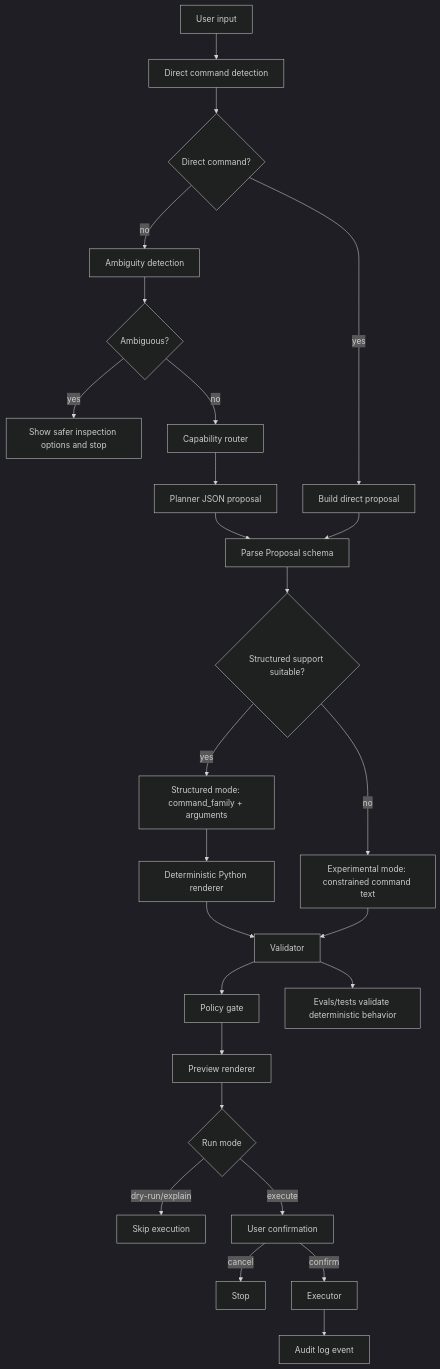
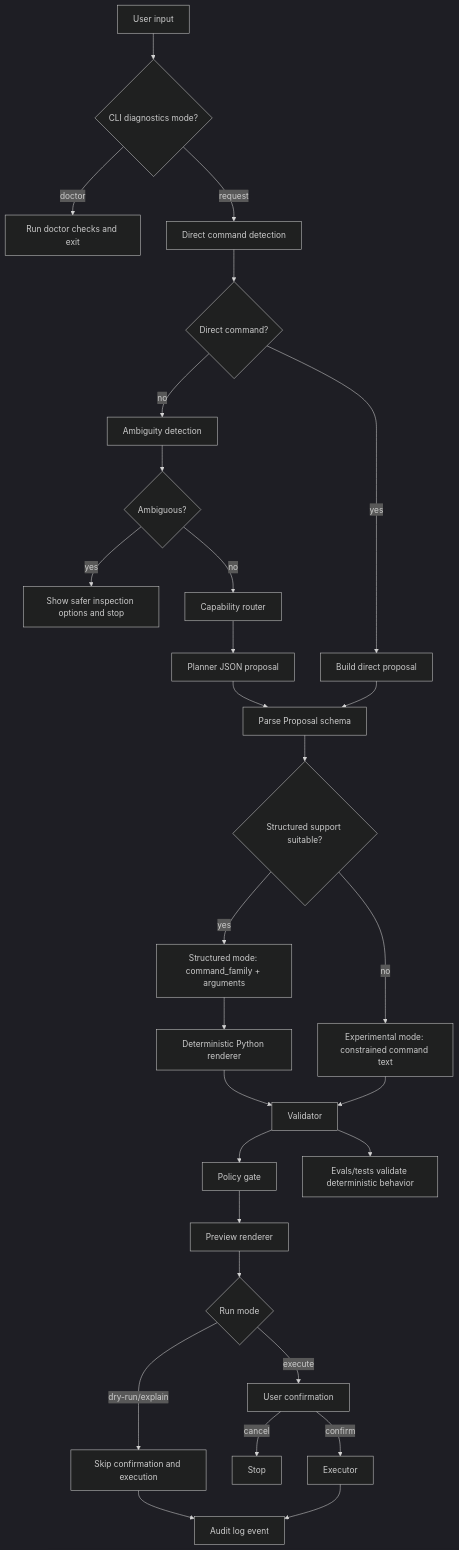
One commit to PooriaT/oterminus changed the diagram in docs/architecture/request-lifecycle.md. Above: the diagram before and after it, drawn with Mermaid (dark theme). The commit also changed other lines of this file and 8 other files, not shown here.

Commit message:
Align CLI mode documentation

````diff
--- a/docs/architecture/request-lifecycle.md
+++ b/docs/architecture/request-lifecycle.md
@@ -5,28 +5,31 @@
 ```mermaid
 flowchart TD
-  A[User input] --> B[Direct command detection]
+  A[User input] --> A1{CLI diagnostics mode?}
+  A1 -->|doctor| A2[Run doctor checks and exit]
+  A1 -->|request| B[Direct command detection]
   B --> C{Direct command?}
   C -->|yes| C1[Build direct proposal]
   C -->|no| D[Ambiguity detection]
   D --> E{Ambiguous?}
   E -->|yes| E1[Show safer inspection options and stop]
   E -->|no| F[Capability router]
   F --> G[Planner JSON proposal]
   G --> P[Parse Proposal schema]
   C1 --> P
   P --> S{Structured support suitable?}
   S -->|yes| S1[Structured mode: command_family + arguments]
   S1 --> R[Deterministic Python renderer]
   S -->|no| X1[Experimental mode: constrained command text]
   R --> H[Validator]
   X1 --> H
   H --> I[Policy gate]
   I --> J[Preview renderer]
   J --> K{Run mode}
-  K -->|dry-run/explain| K1[Skip execution]
+  K -->|dry-run/explain| K1[Skip confirmation and execution]
+  K1 --> N[Audit log event]
   K -->|execute| L[User confirmation]
   L -->|cancel| L1[Stop]
   L -->|confirm| M[Executor]
   M --> N[Audit log event]
   H --> O[Evals/tests validate deterministic behavior]
 ```
````
